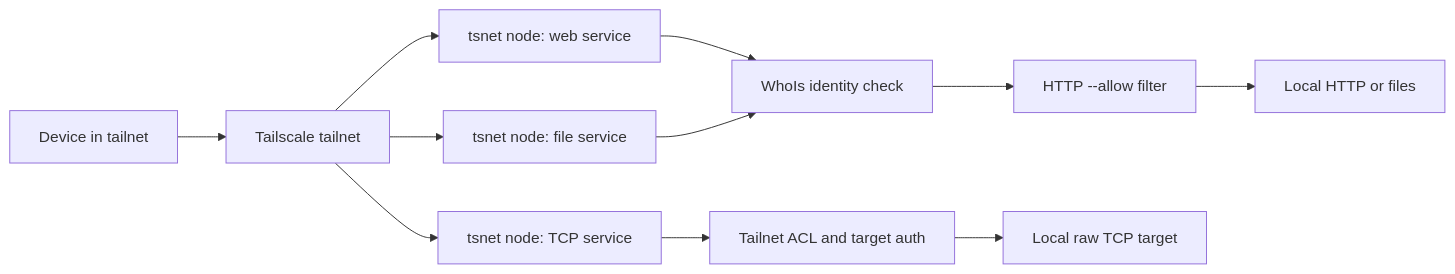
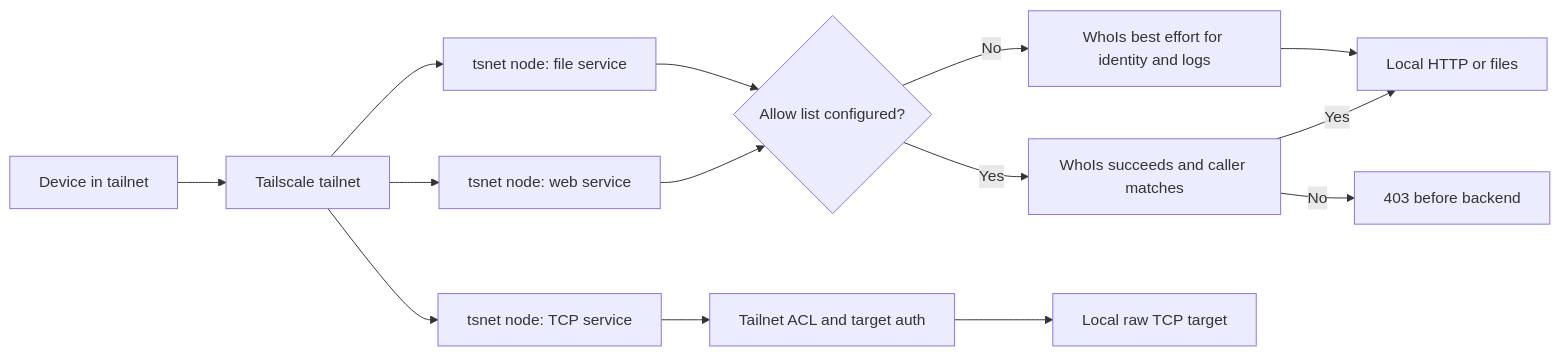
One commit to anydoor7/tslink changed the diagram in README.md. Above: the diagram before and after it, drawn with Mermaid. The commit also changed other lines of this file and 10 other files, not shown here.

````diff
--- a/README.md
+++ b/README.md
@@ -95,13 +96,16 @@
 ```mermaid
 flowchart LR
   Client[Device in tailnet] --> Mesh[Tailscale tailnet]
   Mesh --> Web[tsnet node: web service]
   Mesh --> Files[tsnet node: file service]
   Mesh --> TCP[tsnet node: TCP service]
-  Web --> WhoIs[WhoIs identity check]
-  Files --> WhoIs
-  WhoIs --> Allow[HTTP --allow filter]
-  Allow --> HTTP[Local HTTP or files]
+  Web --> Policy{Allow list configured?}
+  Files --> Policy
+  Policy -->|Yes| Gate[WhoIs succeeds and caller matches]
+  Gate -->|Yes| HTTP[Local HTTP or files]
+  Gate -->|No| Denied[403 before backend]
+  Policy -->|No| Best[WhoIs best effort for identity and logs]
+  Best --> HTTP
   TCP --> ACL[Tailnet ACL and target auth]
   ACL --> Raw[Local raw TCP target]
 ```
````
